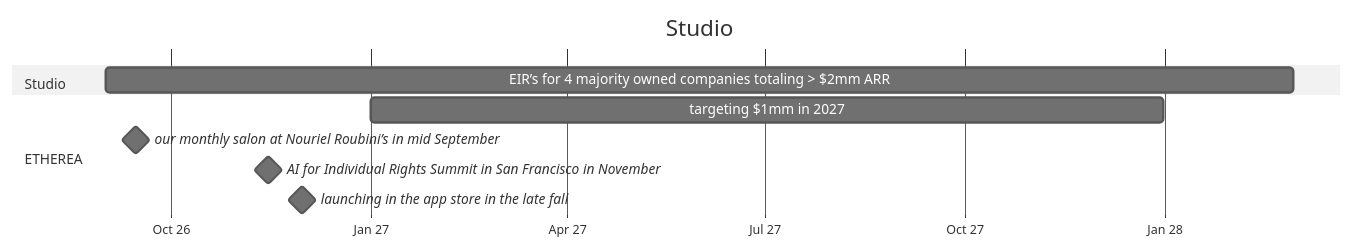
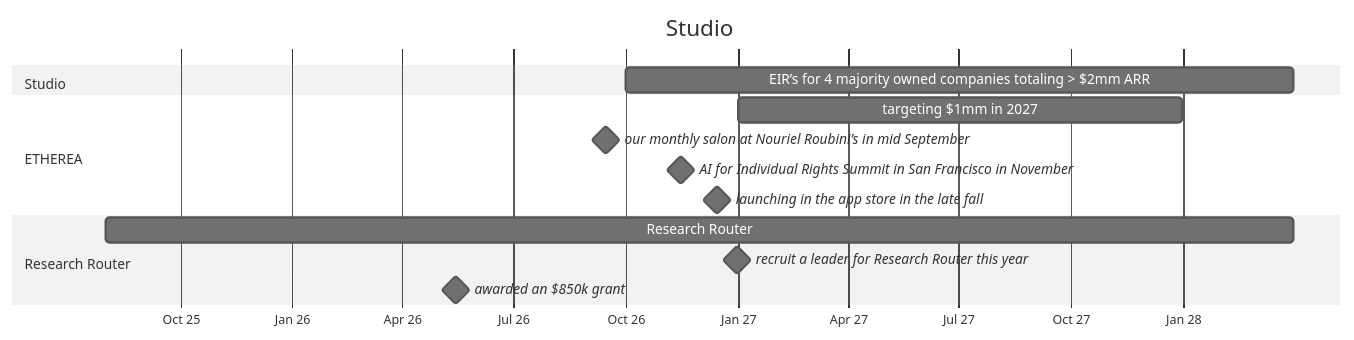
Before and after one commit to jameslbarnes/oneguild: the fourth of 9 diagrams in guild/ONE-GUILD.md, drawn with Mermaid (neutral theme). The commit also changed other lines of this file and 28 other files, not shown here.

Commit message:
Guild: dates & numbers interview pass 1, UnLimited Partners rename, raise on timeline

````diff
--- a/guild/ONE-GUILD.md
+++ b/guild/ONE-GUILD.md
@@ -460,14 +469,18 @@
 ```mermaid
 gantt
   title Studio
   dateFormat YYYY-MM-DD
   axisFormat %b %y
   todayMarker stroke-width:2px,stroke:#d33
   section Studio
-    EIR’s for 4 majority owned companies totaling > $2mm ARR :2026-09-01, 2028-02-29
+    EIR’s for 4 majority owned companies totaling > $2mm ARR :2026-10-01, 2028-03-31
   section ETHEREA
     targeting $1mm in 2027 :2027-01-01, 2027-12-31
     our monthly salon at Nouriel Roubini’s in mid September :milestone, 2026-09-15, 0d
     AI for Individual Rights Summit in San Francisco in November :milestone, 2026-11-15, 0d
-    launching in the app store in the late fall :milestone, 2026-11-30, 0d
+    launching in the app store in the late fall :milestone, 2026-12-15, 0d
+  section Research Router
+    Research Router :2025-08-01, 2028-03-31
+    recruit a leader for Research Router this year :milestone, 2026-12-31, 0d
+    awarded an $850k grant :milestone, 2026-05-15, 0d
 ```
````
